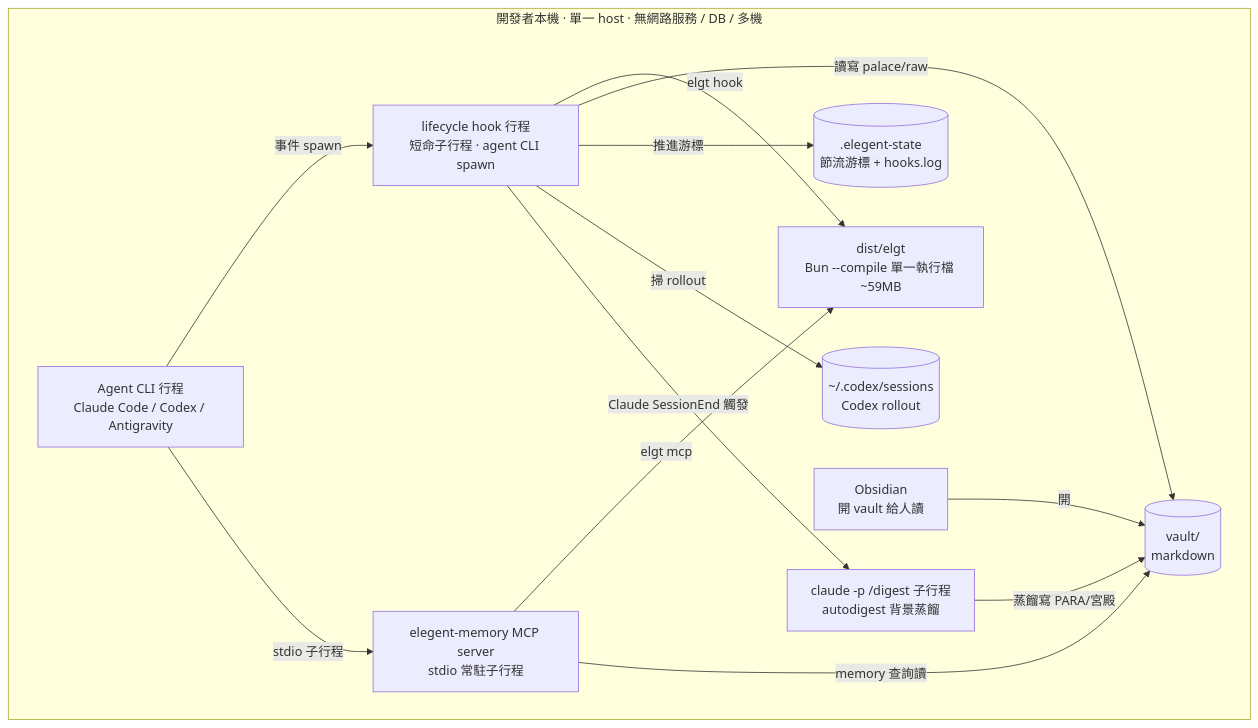
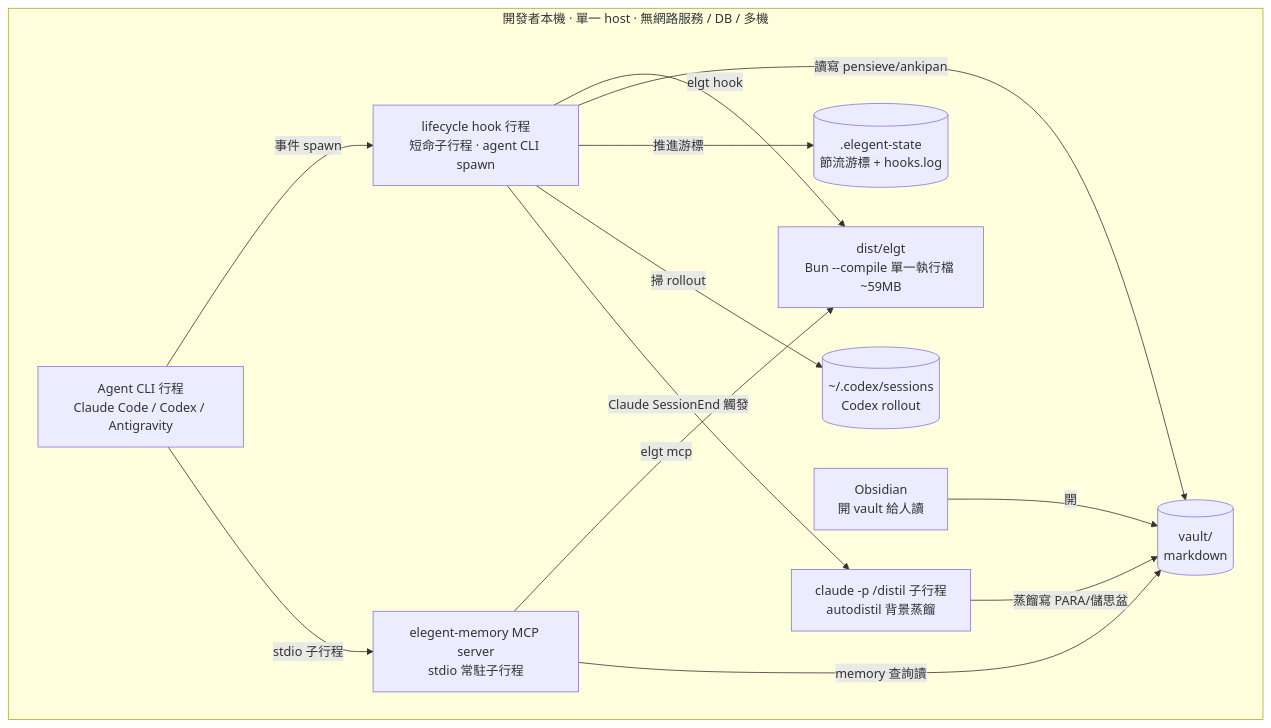
One commit to neokn/elegent changed the fourth of 5 diagrams in docs/architecture/4plus1.md. Above: the diagram before and after it, drawn with Mermaid. The commit also changed other lines of this file and 55 other files, not shown here.

First line of the commit message:
refactor(rename)!: digest→distil、palace→pensieve、raw→ankipan 全域改名

````diff
--- a/docs/architecture/4plus1.md
+++ b/docs/architecture/4plus1.md
@@ -194,26 +194,26 @@
 ```mermaid
 flowchart TB
     subgraph host["開發者本機 · 單一 host · 無網路服務 / DB / 多機"]
         agentcli["Agent CLI 行程<br/>Claude Code / Codex / Antigravity"]
         bin["dist/elgt<br/>Bun --compile 單一執行檔 ~59MB"]
         hookproc["lifecycle hook 行程<br/>短命子行程 · agent CLI spawn"]
         mcpproc["elegent-memory MCP server<br/>stdio 常駐子行程"]
-        digestproc["claude -p /digest 子行程<br/>autodigest 背景蒸餾"]
+        distilproc["claude -p /distil 子行程<br/>autodistil 背景蒸餾"]
         obsidian["Obsidian<br/>開 vault 給人讀"]
         vault[("vault/<br/>markdown")]
         state[(".elegent-state<br/>節流游標 + hooks.log")]
         codexsess[("~/.codex/sessions<br/>Codex rollout")]
     end
 
     agentcli -->|事件 spawn| hookproc
     agentcli -->|stdio 子行程| mcpproc
     hookproc -->|elgt hook| bin
     mcpproc -->|elgt mcp| bin
-    hookproc -->|讀寫 palace/raw| vault
+    hookproc -->|讀寫 pensieve/ankipan| vault
     hookproc -->|推進游標| state
     hookproc -->|掃 rollout| codexsess
-    hookproc -->|Claude SessionEnd 觸發| digestproc
+    hookproc -->|Claude SessionEnd 觸發| distilproc
     mcpproc -->|memory 查詢讀| vault
-    digestproc -->|蒸餾寫 PARA/宮殿| vault
+    distilproc -->|蒸餾寫 PARA/儲思盆| vault
     obsidian -->|開| vault
 ```
````
